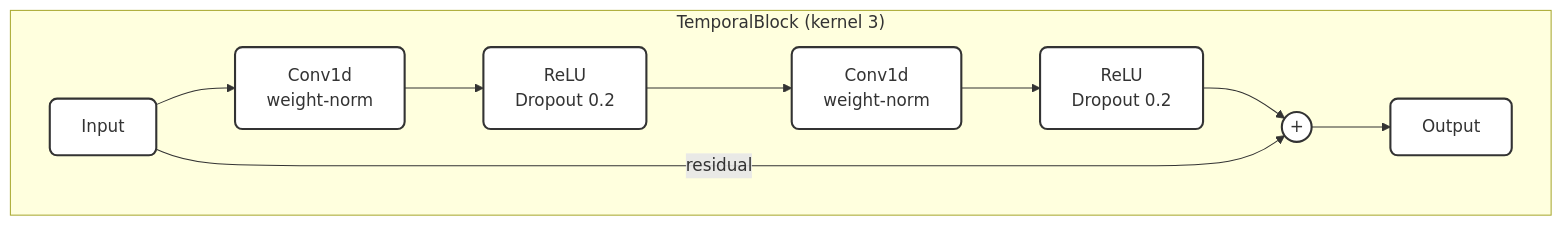
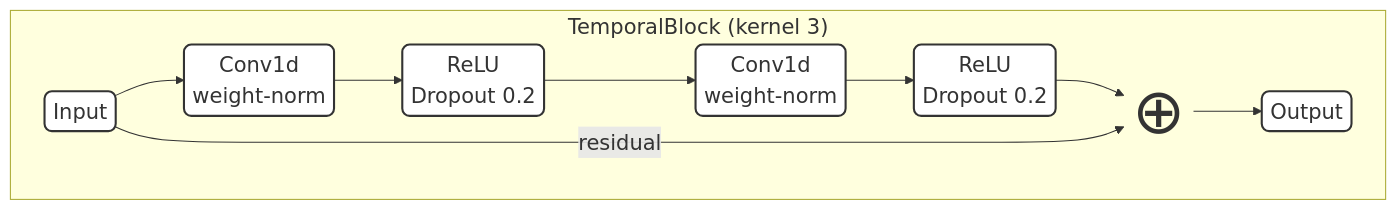
The third of 12 diagrams in documents/thesis/diagrams_mermaid.md (hoa2004st/CNN-in-CMOSE), drawn with Mermaid before and after one commit. The commit also changed other lines of this file and 29 other files, not shown here.

Commit message:
re-draw diagram, remove line wrap

````diff
--- a/documents/thesis/diagrams_mermaid.md
+++ b/documents/thesis/diagrams_mermaid.md
@@ -51,14 +82,24 @@
 ```mermaid
+---
+config:
+  themeVariables:
+    fontSize: 20px
+  flowchart:
+    padding: 4
+    nodeSpacing: 30
+    rankSpacing: 40
+---
 flowchart LR
     subgraph BLK["TemporalBlock (kernel 3)"]
       direction LR
       t0["Input"] --> t1["Conv1d\nweight-norm"]
       t1 --> t2["ReLU\nDropout 0.2"]
       t2 --> t3["Conv1d\nweight-norm"]
       t3 --> t4["ReLU\nDropout 0.2"]
-      t4 --> t5(("+"))
+      t4 --> t5["⊕"]:::op
       t0 -- residual --> t5
       t5 --> t6["Output"]
     end
     classDef default fill:#ffffff,stroke:#333,stroke-width:2px,rx:7px,ry:7px
+    classDef op fill:none,stroke:none,font-size:60px
 ```
````
